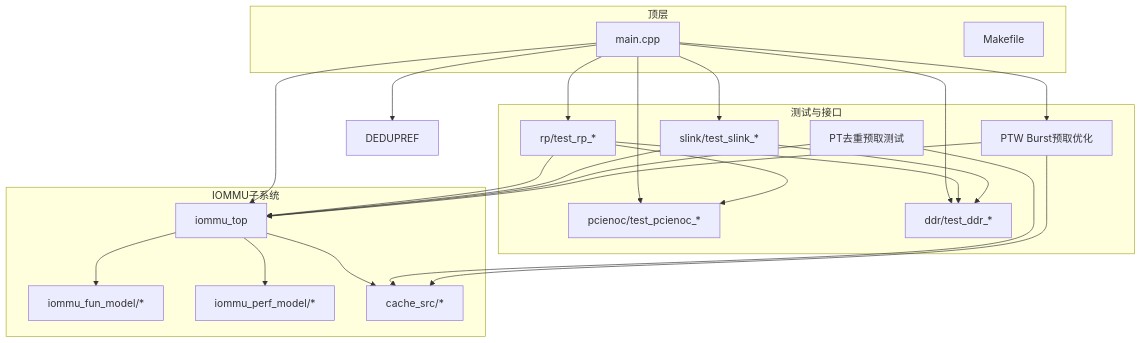
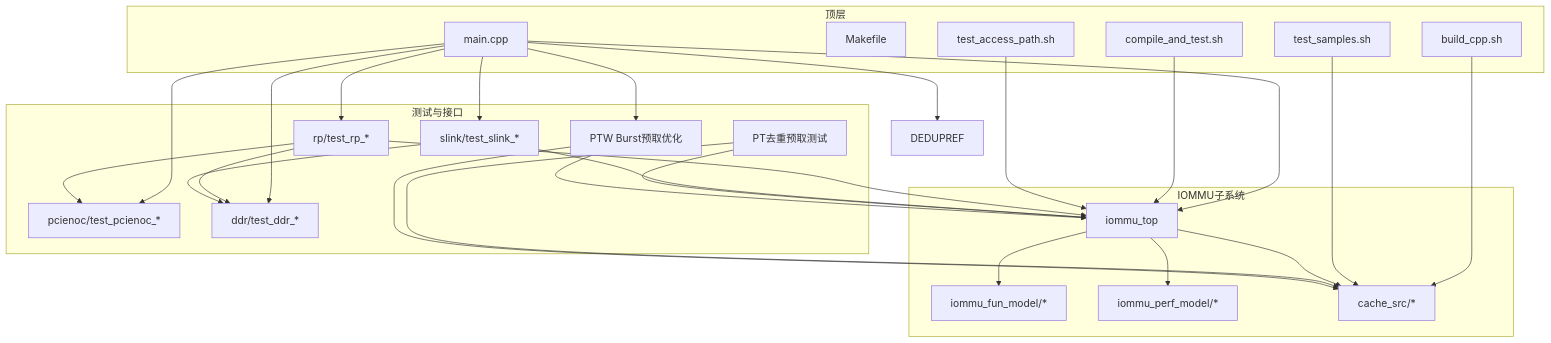
One commit to jiangjiang1122/iommu_model_20260401_v1 changed the first of 11 diagrams in .qoder/repowiki/zh/content/测试框架/测试框架.md. Above: the diagram before and after it, drawn with Mermaid. The commit also changed other lines of this file and 25 other files, not shown here.

````diff
--- a/.qoder/repowiki/zh/content/测试框架/测试框架.md
+++ b/.qoder/repowiki/zh/content/测试框架/测试框架.md
@@ -83,40 +92,48 @@
 ```mermaid
 graph TB
 subgraph "顶层"
 MAIN["main.cpp"]
 MK["Makefile"]
+BC["build_cpp.sh"]
+CAT["compile_and_test.sh"]
+TAP["test_access_path.sh"]
+TS["test_samples.sh"]
 end
 subgraph "IOMMU子系统"
 IOMMU_TOP["iommu_top"]
 IOMMU_FUN["iommu_fun_model/*"]
 IOMMU_PERF["iommu_perf_model/*"]
 IOMMU_CACHE["cache_src/*"]
 end
 subgraph "测试与接口"
 RP["rp/test_rp_*"]
 PCIE["pcienoc/test_pcienoc_*"]
 DDR["ddr/test_ddr_*"]
 SLINK["slink/test_slink_*"]
 DEDPREF["PT去重预取测试"]
 PTWBURST["PTW Burst预取优化"]
 end
 MAIN --> IOMMU_TOP
 MAIN --> RP
 MAIN --> PCIE
 MAIN --> DDR
 MAIN --> SLINK
 MAIN --> DEDUPREF
 MAIN --> PTWBURST
+BC --> IOMMU_CACHE
+CAT --> IOMMU_TOP
+TAP --> IOMMU_TOP
+TS --> IOMMU_CACHE
 IOMMU_TOP --> IOMMU_FUN
 IOMMU_TOP --> IOMMU_PERF
 IOMMU_TOP --> IOMMU_CACHE
 RP --> IOMMU_TOP
 RP --> DDR
 RP --> PCIE
 SLINK --> IOMMU_TOP
 SLINK --> DDR
 DEDPREF --> IOMMU_TOP
 DEDPREF --> IOMMU_CACHE
 PTWBURST --> IOMMU_TOP
 PTWBURST --> IOMMU_CACHE
 ```
````
